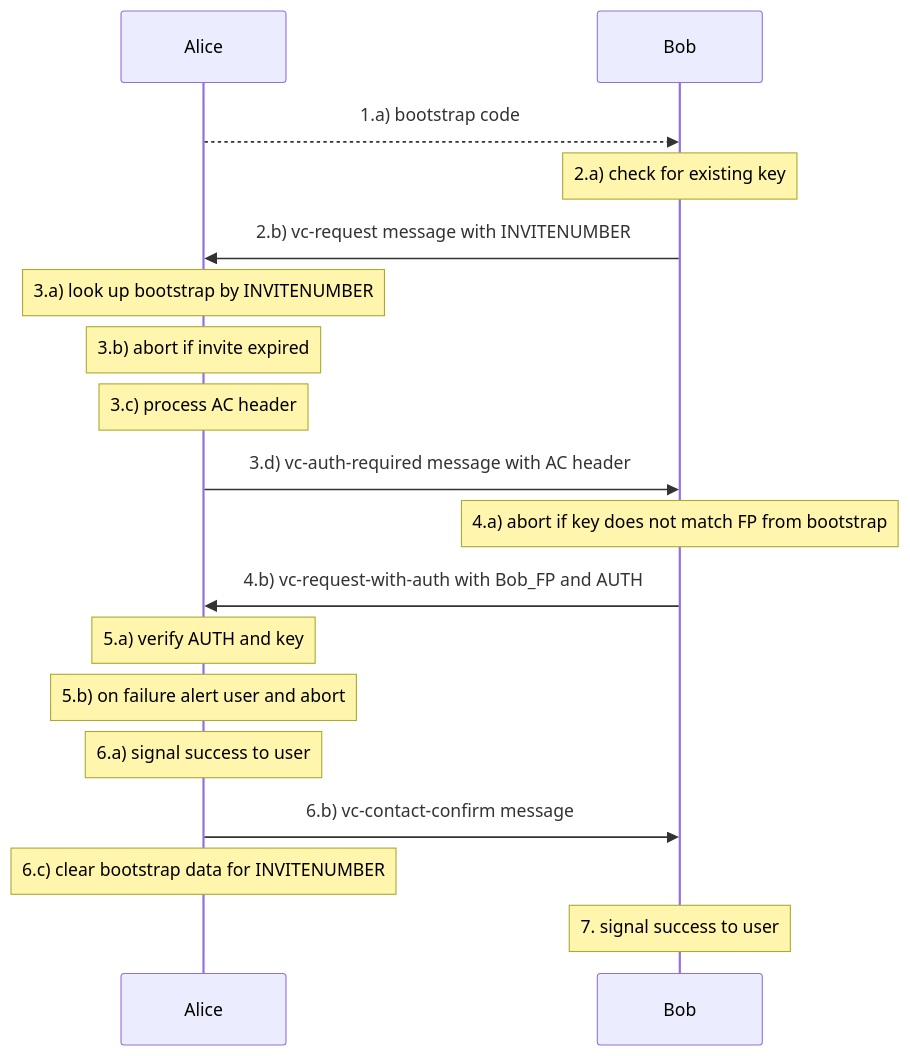
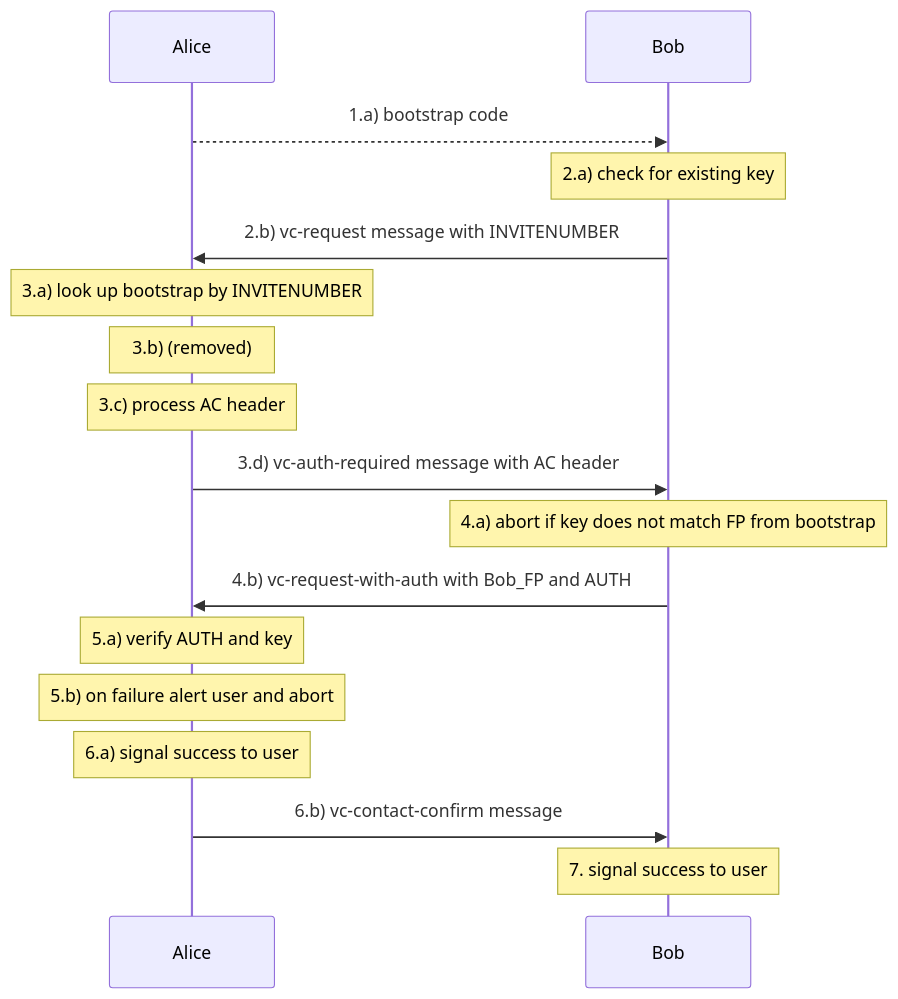
Before and after one commit to deltachat/securejoin: the diagram in source/new.rst, drawn with Mermaid. The commit also changed other lines of this file, not shown here.

```diff
--- a/source/new.rst
+++ b/source/new.rst
@@ -168,22 +168,21 @@
 .. mermaid::
    :alt: Sequence diagram of UI and administrative message flow
    :caption: UI and administrative message flow of contact setup
 
    sequenceDiagram
       participant A as Alice
       participant B as Bob
       A-->>B: 1.a) bootstrap code
       Note over B: 2.a) check for existing key
       B->>A: 2.b) vc-request message with INVITENUMBER
       Note over A: 3.a) look up bootstrap by INVITENUMBER
-      Note over A: 3.b) abort if invite expired
+      Note over A: 3.b) (removed)
       Note over A: 3.c) process AC header
       A->>B: 3.d) vc-auth-required message with AC header
       Note over B: 4.a) abort if key does not match FP from bootstrap
       B->>A: 4.b) vc-request-with-auth with Bob_FP and AUTH
       Note over A: 5.a) verify AUTH and key
       Note over A: 5.b) on failure alert user and abort
       Note over A: 6.a) signal success to user
       A->>B: 6.b) vc-contact-confirm message
-      Note over A: 6.c) clear bootstrap data for INVITENUMBER
       Note over B: 7. signal success to user
```
